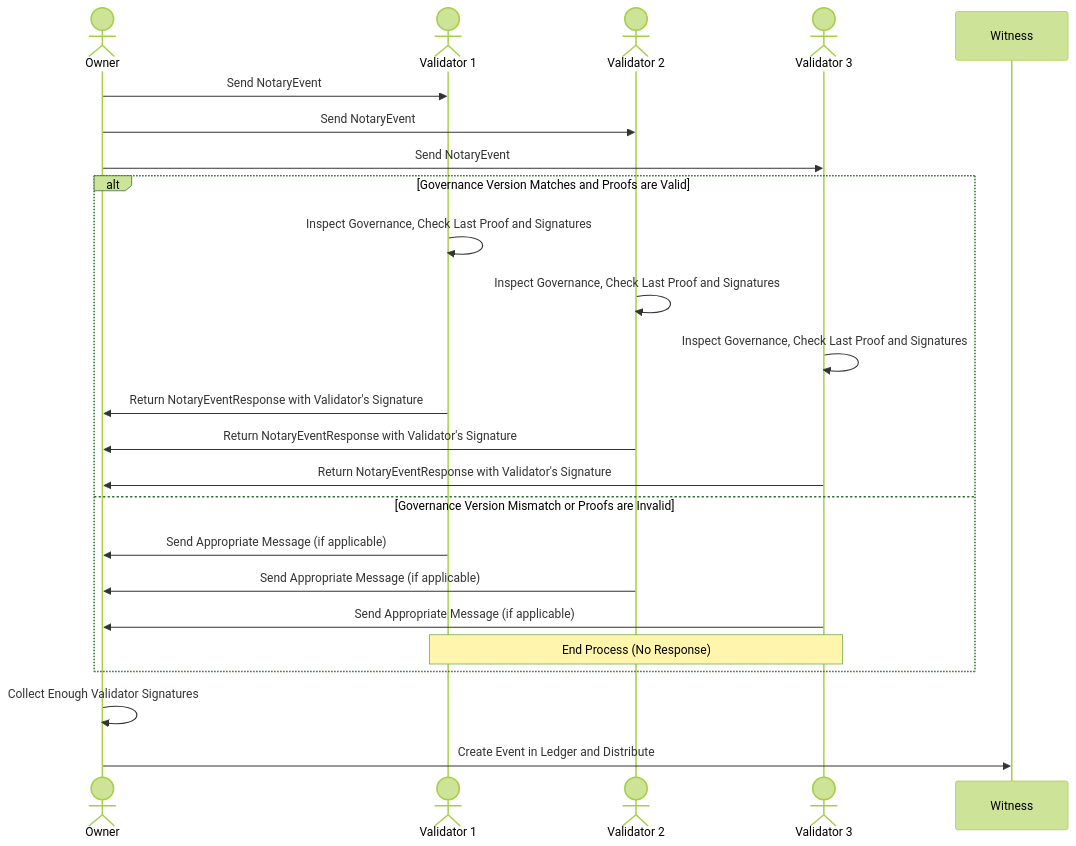
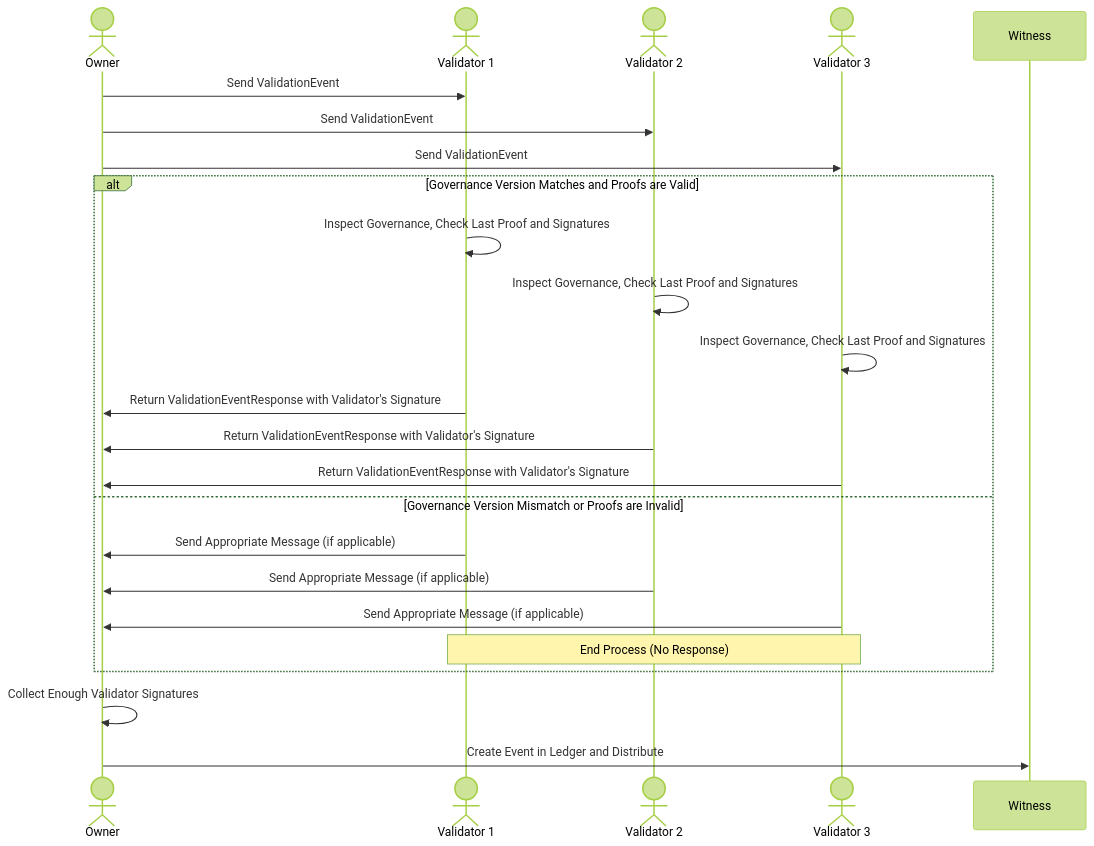
One commit to opencanarias/taple-docsite changed the diagram in docs/discover/event-validation-process.md. Above: the diagram before and after it, drawn with Mermaid (forest theme). The commit also changed other lines of this file, not shown here.

Commit message:
Notary -> Validation (#21)

````diff
--- a/docs/discover/event-validation-process.md
+++ b/docs/discover/event-validation-process.md
@@ -65,28 +65,28 @@
 ```mermaid
 sequenceDiagram
 actor Owner as Owner
 actor Validator1 as Validator 1
 actor Validator2 as Validator 2
 actor Validator3 as Validator 3
 
-Owner->>Validator1: Send NotaryEvent
-Owner->>Validator2: Send NotaryEvent
-Owner->>Validator3: Send NotaryEvent
+Owner->>Validator1: Send ValidationEvent
+Owner->>Validator2: Send ValidationEvent
+Owner->>Validator3: Send ValidationEvent
 
 alt Governance Version Matches and Proofs are Valid
     Validator1->>Validator1: Inspect Governance, Check Last Proof and Signatures
     Validator2->>Validator2: Inspect Governance, Check Last Proof and Signatures
     Validator3->>Validator3: Inspect Governance, Check Last Proof and Signatures
-    Validator1->>Owner: Return NotaryEventResponse with Validator's Signature
-    Validator2->>Owner: Return NotaryEventResponse with Validator's Signature
-    Validator3->>Owner: Return NotaryEventResponse with Validator's Signature
+    Validator1->>Owner: Return ValidationEventResponse with Validator's Signature
+    Validator2->>Owner: Return ValidationEventResponse with Validator's Signature
+    Validator3->>Owner: Return ValidationEventResponse with Validator's Signature
 else Governance Version Mismatch or Proofs are Invalid
     Validator1->>Owner: Send Appropriate Message (if applicable)
     Validator2->>Owner: Send Appropriate Message (if applicable)
     Validator3->>Owner: Send Appropriate Message (if applicable)
     Note over Validator1,Validator3: End Process (No Response)
 end
 
 Owner->>Owner: Collect Enough Validator Signatures
 Owner->>Witness: Create Event in Ledger and Distribute
 ```
````
